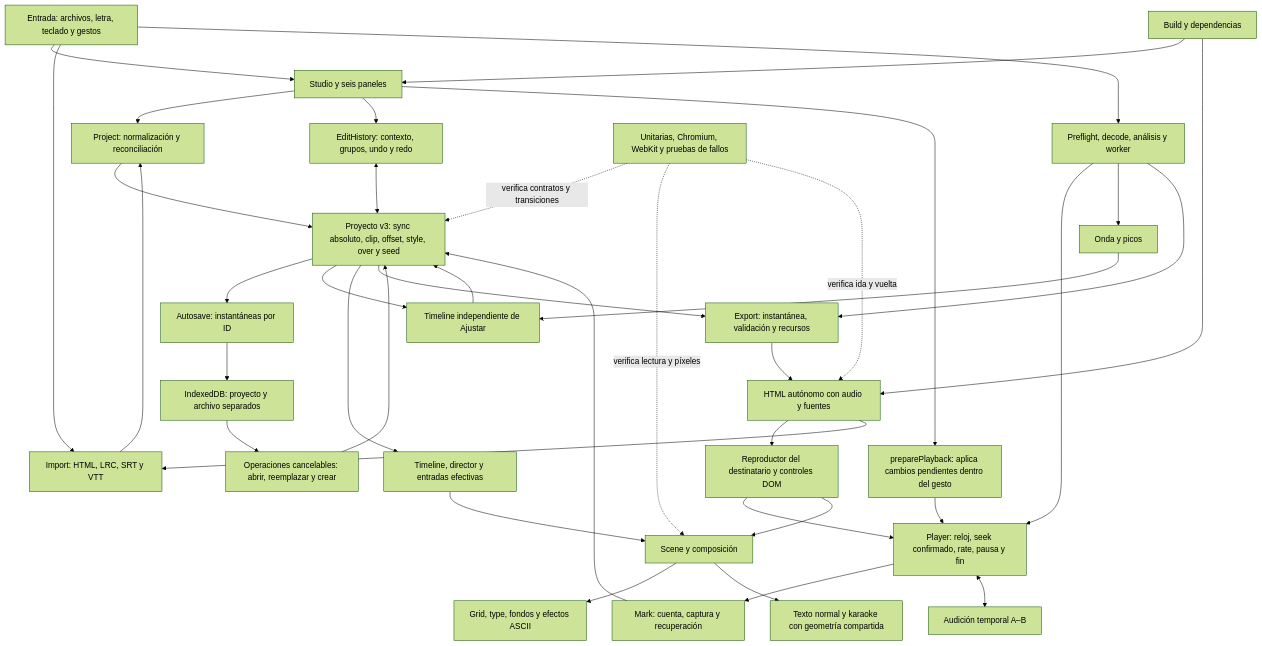
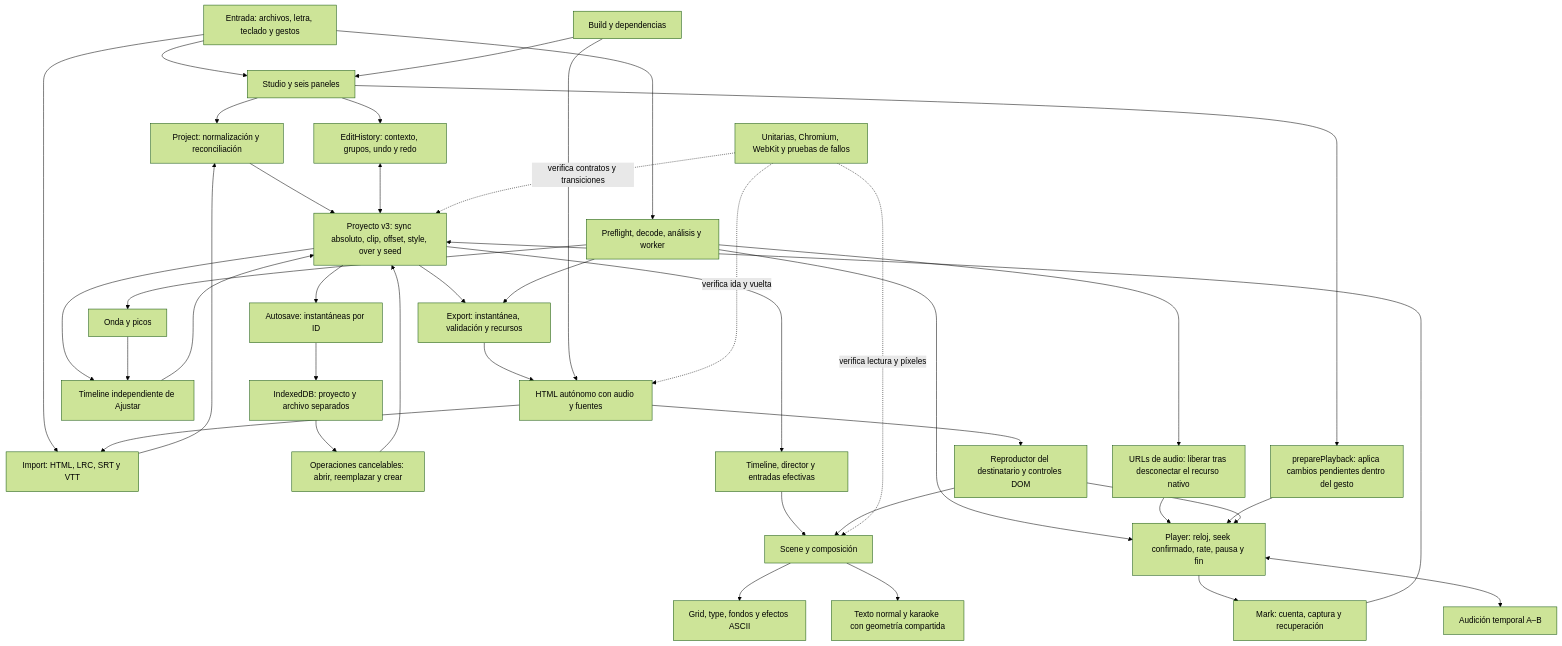
Before and after one commit to M1gu3hb/Letras-ascii: the diagram in docs/auditoria-integral.md, drawn with Mermaid (forest theme). The commit also changed other lines of this file and 6 other files, not shown here.

Commit message:
Libera URLs de audio tras desconectar el recurso nativo

````diff
--- a/docs/auditoria-integral.md
+++ b/docs/auditoria-integral.md
@@ -7,41 +7,43 @@
 ```mermaid
 flowchart TD
   U[Entrada: archivos, letra, teclado y gestos] --> UI[Studio y seis paneles]
   U --> IMP[Import: HTML, LRC, SRT y VTT]
   IMP --> N[Project: normalización y reconciliación]
   UI --> N
   N --> P[Proyecto v3: sync absoluto, clip, offset, style, over y seed]
   UI --> H[EditHistory: contexto, grupos, undo y redo]
   H <--> P
   P --> SAVE[Autosave: instantáneas por ID]
   SAVE --> DB[IndexedDB: proyecto y archivo separados]
   DB --> LOAD[Operaciones cancelables: abrir, reemplazar y crear]
   LOAD --> P
   U --> AUDIO[Preflight, decode, análisis y worker]
   AUDIO --> PLAYER[Player: reloj, seek confirmado, rate, pausa y fin]
   AUDIO --> WAVE[Onda y picos]
+  AUDIO --> URL[URLs de audio: liberar tras desconectar el recurso nativo]
+  URL --> PLAYER
   UI --> READY[preparePlayback: aplica cambios pendientes dentro del gesto]
   READY --> PLAYER
   PLAYER --> MARK[Mark: cuenta, captura y recuperación]
   MARK --> P
   PLAYER <--> AB[Audición temporal A–B]
   P --> EDIT[Timeline independiente de Ajustar]
   WAVE --> EDIT
   EDIT --> P
   P --> TL[Timeline, director y entradas efectivas]
   TL --> SCENE[Scene y composición]
   SCENE --> ASCII[Grid, type, fondos y efectos ASCII]
   SCENE --> TEXT[Texto normal y karaoke con geometría compartida]
   P --> EXP[Export: instantánea, validación y recursos]
   AUDIO --> EXP
   EXP --> HTML[HTML autónomo con audio y fuentes]
   HTML --> REC[Reproductor del destinatario y controles DOM]
   REC --> PLAYER
   REC --> SCENE
   HTML --> IMP
   BUILD[Build y dependencias] --> UI
   BUILD --> HTML
   TEST[Unitarias, Chromium, WebKit y pruebas de fallos] -. verifica contratos y transiciones .-> P
   TEST -. verifica lectura y píxeles .-> SCENE
   TEST -. verifica ida y vuelta .-> HTML
 ```
````
